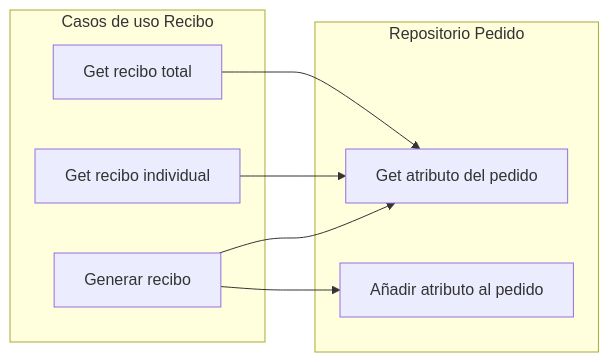
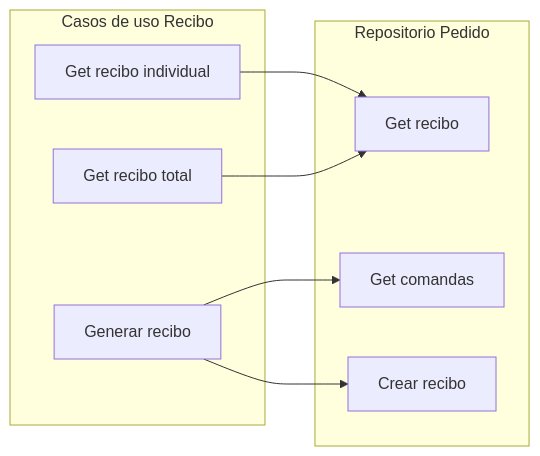
Before and after one commit to pabenito/QRest: diagram 15 of 16 in documentacion/requisitos/diagramas_de_flujo.md, drawn with Mermaid. The commit also changed other lines of this file and 1 other file, not shown here.

Commit message:
respositorio de pedido actualizado para que no sea solo un crud

````diff
--- a/documentacion/requisitos/diagramas_de_flujo.md
+++ b/documentacion/requisitos/diagramas_de_flujo.md
@@ -346,15 +346,15 @@
 ```mermaid
 flowchart LR
     subgraph casos_de_uso_recibo[Casos de uso Recibo]
         get_recibo_individual[Get recibo individual]
         get_recibo_total[Get recibo total]
         generar_recibo[Generar recibo]
     end
     subgraph repositorio_pedido[Repositorio Pedido]
-        get_atributo_pedido[Get atributo del pedido]
-        anadir_atributo_pedido[Añadir atributo al pedido]
+        get_comandas[Get comandas]
+        get_recibo[Get recibo]
+        crear_recibo[Crear recibo]
     end
-    get_recibo_total --> get_atributo_pedido
-    get_recibo_individual --> get_atributo_pedido
-    generar_recibo --> get_atributo_pedido & anadir_atributo_pedido
+    get_recibo_total & get_recibo_individual --> get_recibo
+    generar_recibo --> get_comandas & crear_recibo
 ```
````
